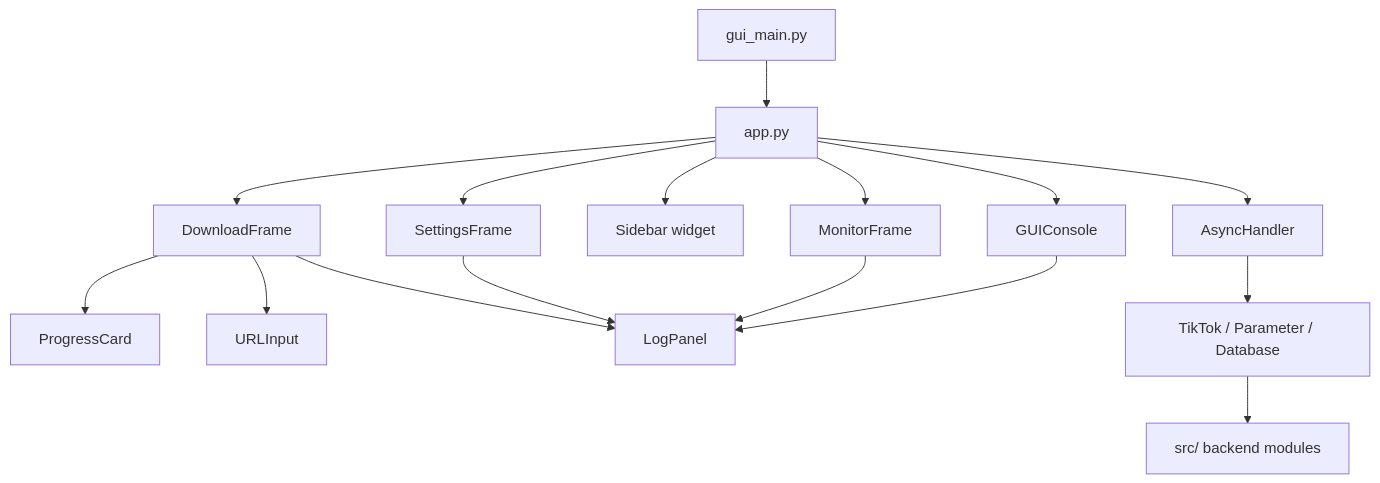
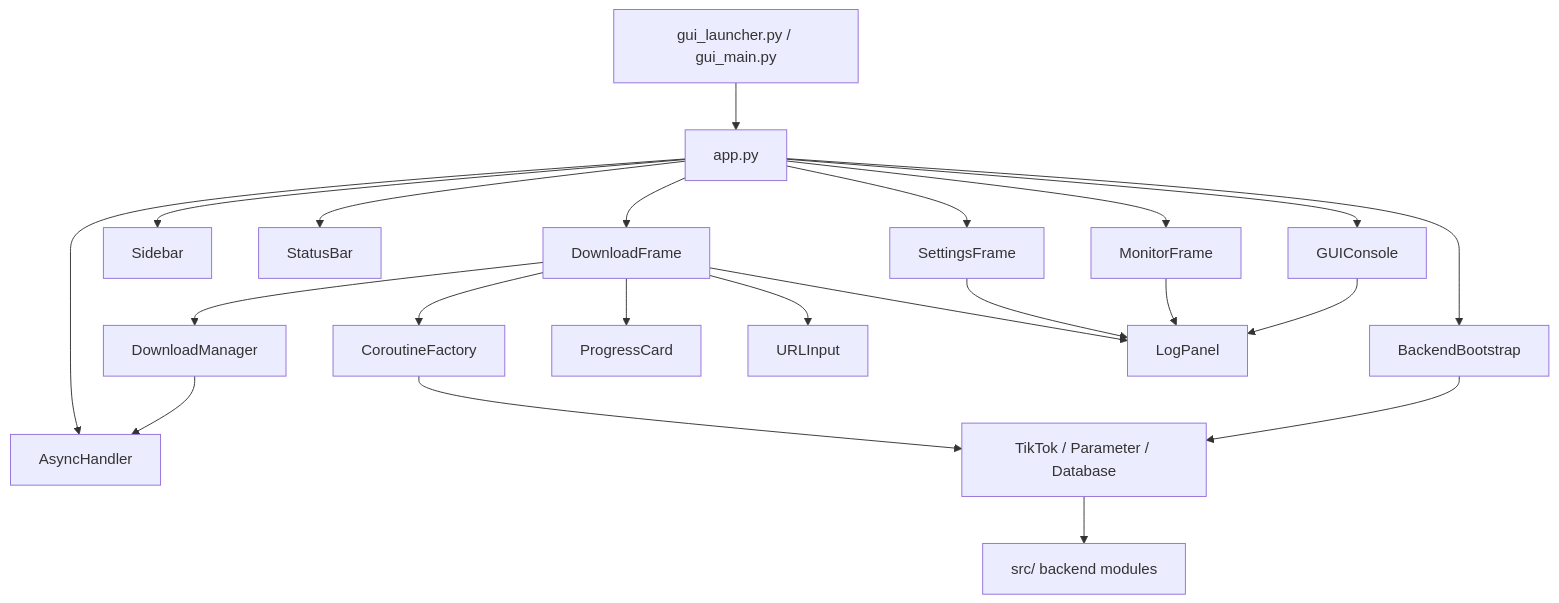
The diagram in src/gui_edition/GUI_STRUCTURE.md (noname9xndz/TikTokDownloader), drawn with Mermaid before and after one commit. The commit also changed other lines of this file and 1 other file, not shown here.

````diff
--- a/src/gui_edition/GUI_STRUCTURE.md
+++ b/src/gui_edition/GUI_STRUCTURE.md
@@ -137,18 +206,27 @@
 ```mermaid
 graph TD
-    A[gui_main.py] --> B[app.py]
+    A[gui_launcher.py / gui_main.py] --> B[app.py]
     B --> C[AsyncHandler]
     B --> D[GUIConsole]
-    B --> E[Sidebar widget]
+    B --> BB[BackendBootstrap]
+    B --> E[Sidebar]
+    B --> SB[StatusBar]
     B --> F1[DownloadFrame]
     B --> F2[SettingsFrame]
     B --> F3[MonitorFrame]
+
+    F1 --> DM[DownloadManager]
+    F1 --> CF[CoroutineFactory]
     F1 --> G1[ProgressCard]
     F1 --> G2[URLInput]
     F1 --> G3[LogPanel]
+
     F2 --> G3
     F3 --> G3
+
     D --> G3
-    C --> H[TikTok / Parameter / Database]
+    DM --> C
+    CF --> H[TikTok / Parameter / Database]
+    BB --> H
     H --> I[src/ backend modules]
 ```
````
